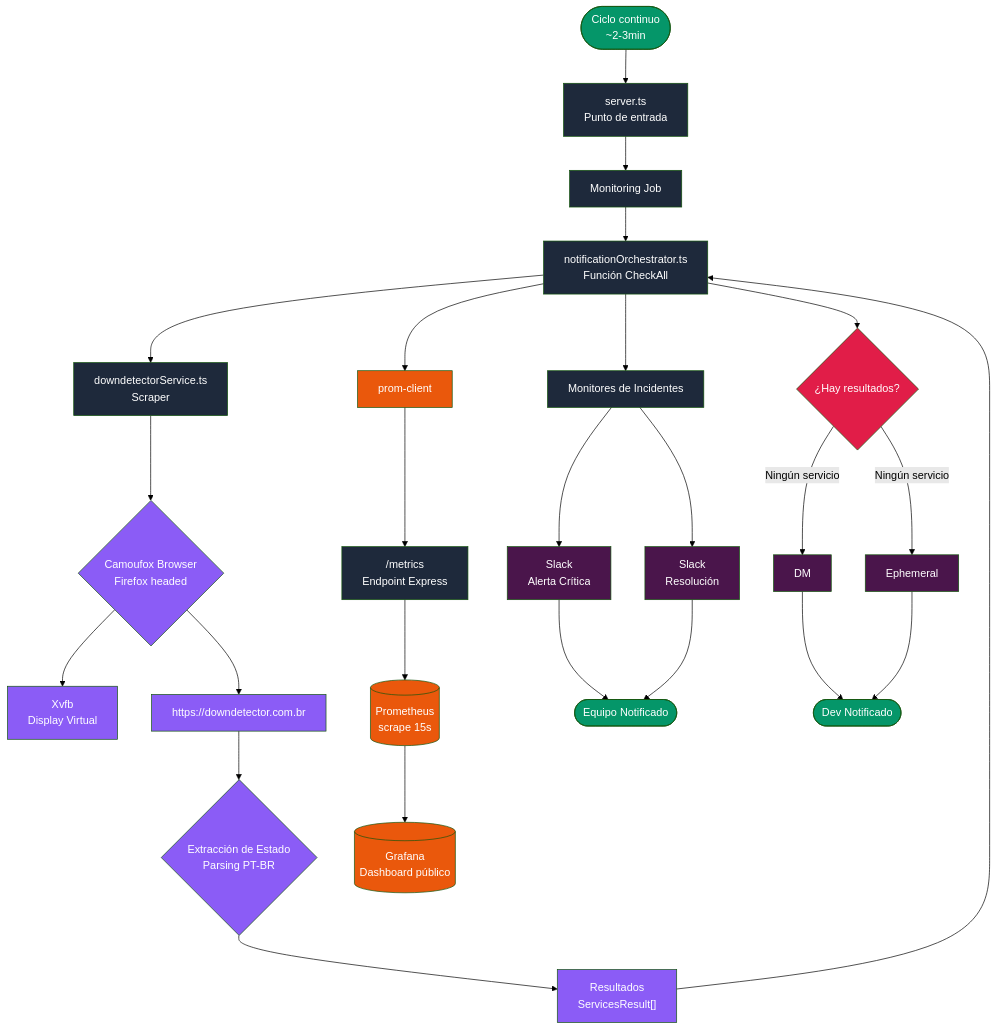
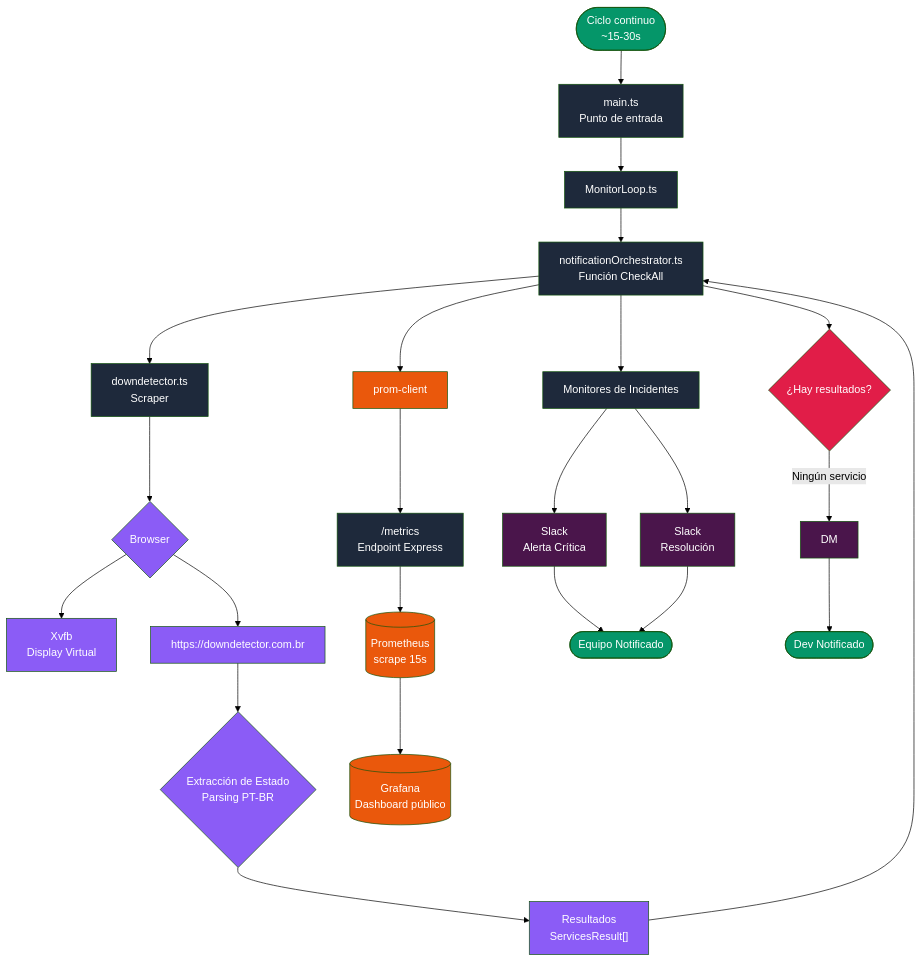
One commit to eduardotashiro/downdetector-slack changed the third of 4 diagrams in README.md. Above: the diagram before and after it, drawn with Mermaid (forest theme). The commit also changed other lines of this file, not shown here.

````diff
--- a/README.md
+++ b/README.md
@@ -1196,69 +1045,67 @@
 ```mermaid
 graph TB
-    Start([Ciclo continuo<br/>~2-3min]) --> Server[server.ts<br/>Punto de entrada]
-    Server --> Job[Monitoring Job]
+    Start([Ciclo continuo<br/>~15-30s]) --> Server[main.ts<br/>Punto de entrada]
+    Server --> Job[MonitorLoop.ts]
     Job --> Orchestrator[notificationOrchestrator.ts<br/>Función CheckAll]
 
-    Orchestrator --> Scraper[downdetectorService.ts<br/>Scraper]
+    Orchestrator --> Scraper[downdetector.ts<br/>Scraper]
 
-    Scraper --> Browser{Camoufox Browser<br/>Firefox headed}
+    Scraper --> Browser{Browser<br/>}
     Browser --> Xvfb[Xvfb<br/>Display Virtual]
     Browser --> DD[https://downdetector.com.br]
 
     DD --> Data{Extracción de Estado<br/>Parsing PT-BR}
     Data --> Results["Resultados<br/>ServicesResult[]"]
     Results --> Orchestrator
 
     Orchestrator --> Incident[Monitores de Incidentes<br/>]
     Orchestrator --> ErrorMon{¿Hay resultados?}
     Orchestrator --> Metrics[prom-client]
 
     Incident --> Slack1[Slack<br/>Alerta Crítica]
     Incident --> Slack2[Slack<br/>Resolución]
 
     ErrorMon -- "Ningún servicio" --> DM[DM]
-    ErrorMon -- "Ningún servicio" --> Ephemeral[Ephemeral]
 
     Metrics --> Endpoint["/metrics<br/>Endpoint Express"]
     Endpoint --> Prom[(Prometheus<br/>scrape 15s)]
     Prom --> Grafana[(Grafana<br/>Dashboard público)]
 
     Slack1 --> End([Equipo Notificado])
     Slack2 --> End
     DM --> Dev([Dev Notificado])
-    Ephemeral --> Dev
+
 
     %% Estilos - Inicio y Fin (Verde)
     style Start fill:#059669,color:#fff
     style End fill:#059669,color:#fff
     style Dev fill:#059669,color:#fff
 
     %% Estilos - Core/Backend (Azul Oscuro/Slate)
     style Server fill:#1e293b,color:#fff
     style Job fill:#1e293b,color:#fff
     style Orchestrator fill:#1e293b,color:#fff
     style Scraper fill:#1e293b,color:#fff
     style Incident fill:#1e293b,color:#fff
     style Endpoint fill:#1e293b,color:#fff
 
     %% Estilos - Scraping y Browser (Morado)
     style Browser fill:#8b5cf6,color:#fff
     style Xvfb fill:#8b5cf6,color:#fff
     style DD fill:#8b5cf6,color:#fff
     style Data fill:#8b5cf6,color:#fff
     style Results fill:#8b5cf6,color:#fff
 
     %% Estilos - Condición de Error (Rojo)
     style ErrorMon fill:#e11d48,color:#fff
 
     %% Estilos - Observabilidad (Naranja)
     style Metrics fill:#ea580c,color:#fff
     style Prom fill:#ea580c,color:#fff
     style Grafana fill:#ea580c,color:#fff
 
     %% Estilos - Slack (Berenjena - Mantenido)
     style Slack1 fill:#4A154B,color:#fff
     style Slack2 fill:#4A154B,color:#fff
     style DM fill:#4A154B,color:#fff
-    style Ephemeral fill:#4A154B,color:#fff
 ```
````
